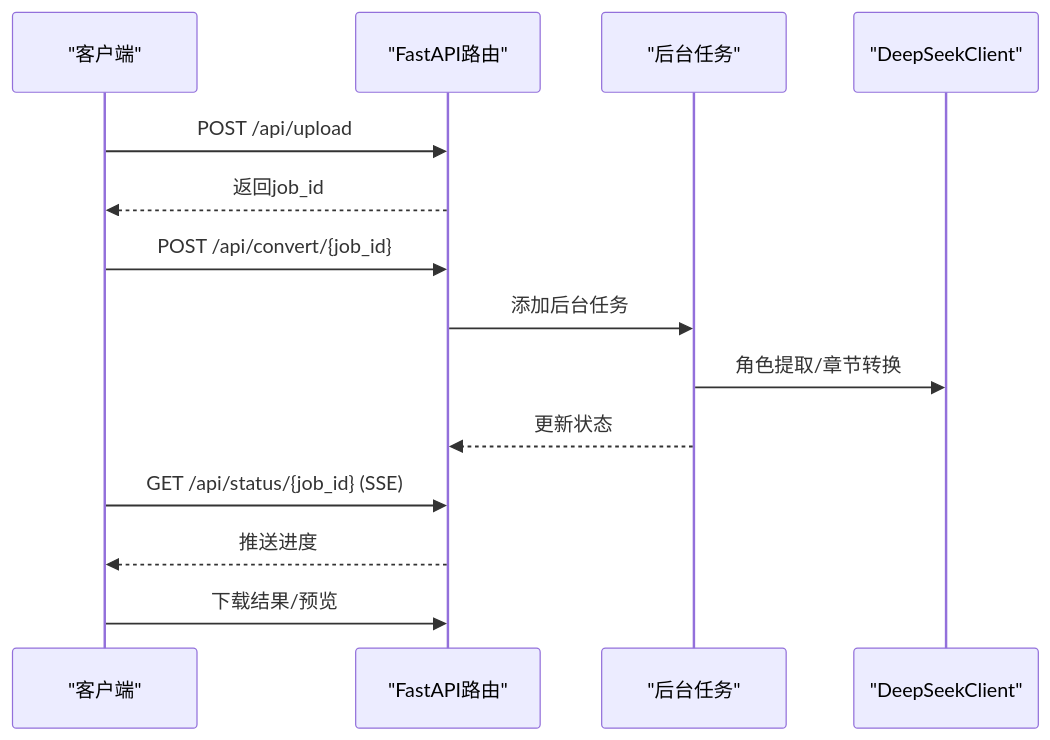
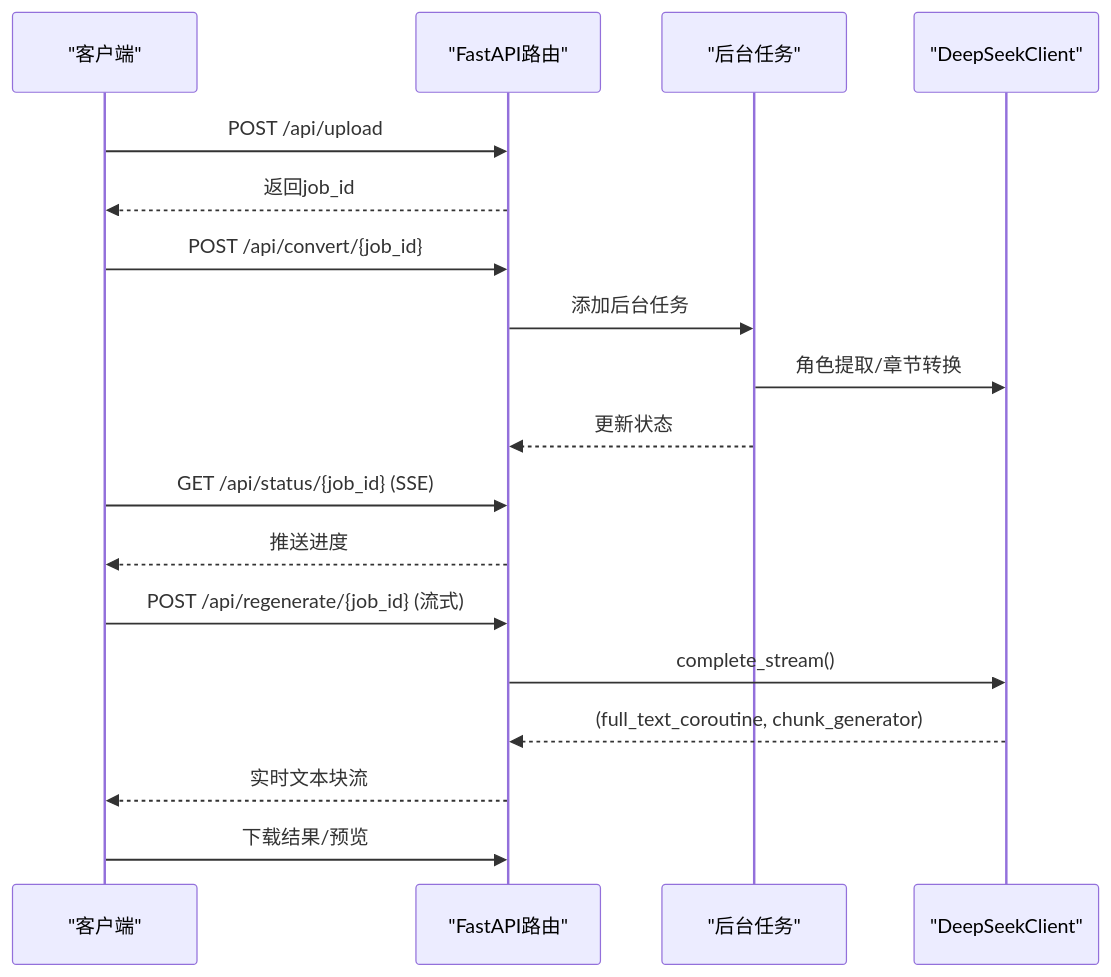
Before and after one commit to tjujingzong/Novel-to-Screenplay: the eighth of 9 diagrams in .qoder/repowiki/zh/content/核心服务模块/LLM客户端服务.md, drawn with Mermaid. The commit also changed other lines of this file and 21 other files, not shown here.

````diff
--- a/.qoder/repowiki/zh/content/核心服务模块/LLM客户端服务.md
+++ b/.qoder/repowiki/zh/content/核心服务模块/LLM客户端服务.md
@@ -315,16 +393,20 @@
 ```mermaid
 sequenceDiagram
 participant Client as "客户端"
 participant API as "FastAPI路由"
 participant BG as "后台任务"
 participant LLM as "DeepSeekClient"
 Client->>API : POST /api/upload
 API-->>Client : 返回job_id
 Client->>API : POST /api/convert/{job_id}
 API->>BG : 添加后台任务
 BG->>LLM : 角色提取/章节转换
 BG-->>API : 更新状态
 Client->>API : GET /api/status/{job_id} (SSE)
 API-->>Client : 推送进度
+Client->>API : POST /api/regenerate/{job_id} (流式)
+API->>LLM : complete_stream()
+LLM-->>API : (full_text_coroutine, chunk_generator)
+API-->>Client : 实时文本块流
 Client->>API : 下载结果/预览
 ```
````
